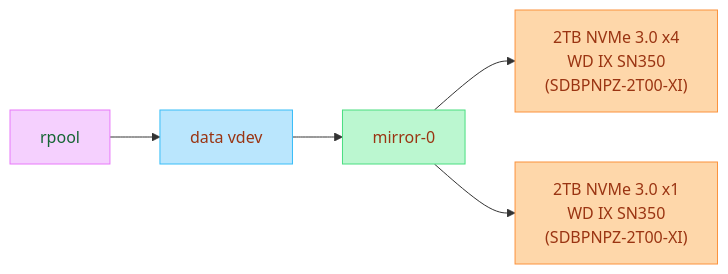
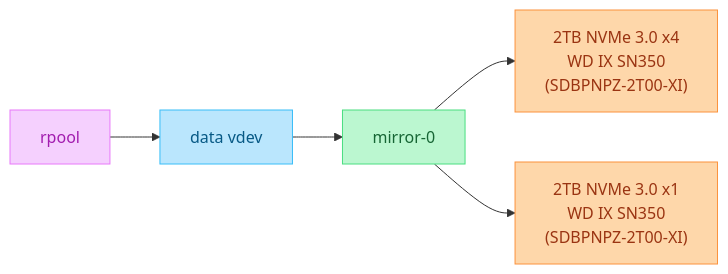
Before and after one commit to danterazo/docker-configs: the third of 3 diagrams in README.md, drawn with Mermaid. The commit also changed other lines of this file, not shown here.

````diff
--- a/README.md
+++ b/README.md
@@ -68,17 +68,17 @@
 ```mermaid
 flowchart LR
     rpool --> rpool_data["data vdev"]
     rpool_data --> rpool_mirror["mirror-0"]
     rpool_mirror --> rpool_nvme1["2TB NVMe 3.0 x4<br>WD IX SN350<br>(SDBPNPZ-2T00-XI)"]
     rpool_mirror --> rpool_nvme2["2TB NVMe 3.0 x1<br>WD IX SN350<br>(SDBPNPZ-2T00-XI)"]
 
-    classDef pool fill:#f5d0fe,color:#166534,stroke:#e879f9
-    classDef vdev fill:#bae6fd,color:#9a3412,stroke:#38bdf8
-    classDef mirror fill:#bbf7d0,color:#9a3412,stroke:#4ade80
+    classDef pool fill:#f5d0fe,color:#a21caf,stroke:#e879f9
+    classDef vdev fill:#bae6fd,color:#075985,stroke:#38bdf8
+    classDef mirror fill:#bbf7d0,color:#166534,stroke:#4ade80
     classDef disk fill:#fed7aa,color:#9a3412,stroke:#fb923c
 
     class rpool pool
     class rpool_data vdev
     class rpool_mirror mirror
     class rpool_nvme1,rpool_nvme2 disk
 ```
````
